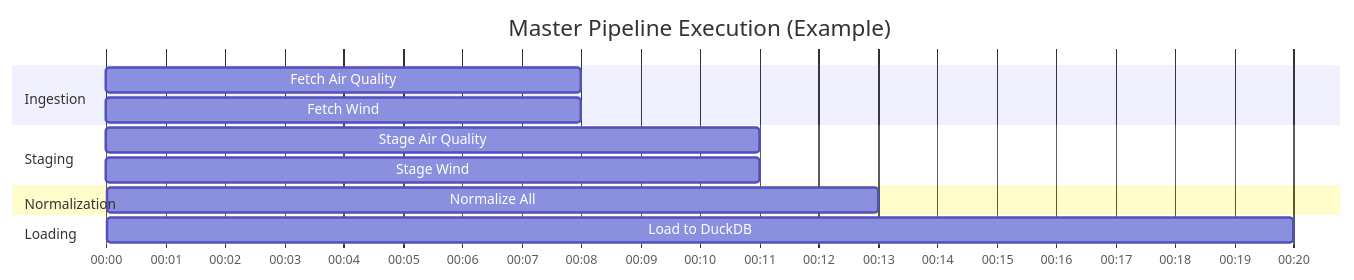
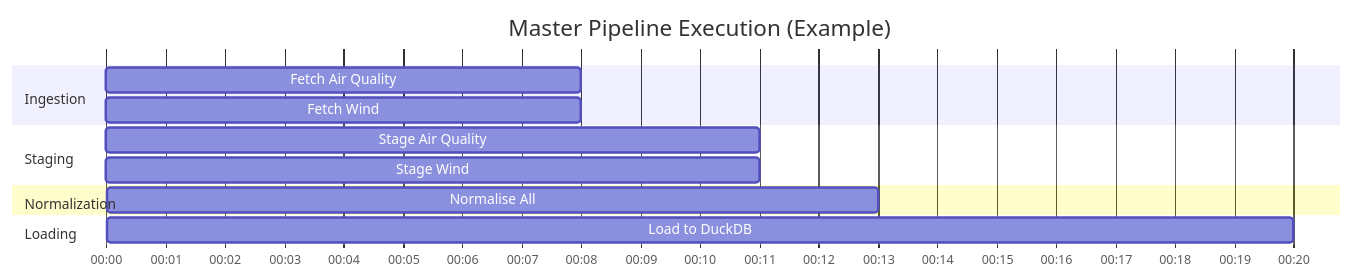
The fourth of 7 diagrams in docs/MONITORING_OBSERVABILITY.md (WazirRohiman/cct-sensors-batch-pipeline), drawn with Mermaid before and after one commit. The commit also changed 8 other files, not shown here.

````diff
--- a/docs/MONITORING_OBSERVABILITY.md
+++ b/docs/MONITORING_OBSERVABILITY.md
@@ -144,20 +144,20 @@
 ```mermaid
 gantt
     title Master Pipeline Execution (Example)
     dateFormat X
     axisFormat %M:%S
 
     section Ingestion
     Fetch Air Quality :0, 8
     Fetch Wind :0, 8
 
     section Staging
     Stage Air Quality :8, 11
     Stage Wind :8, 11
 
     section Normalization
-    Normalize All :11, 13
+    Normalise All :11, 13
 
     section Loading
     Load to DuckDB :13, 20
 ```
````
